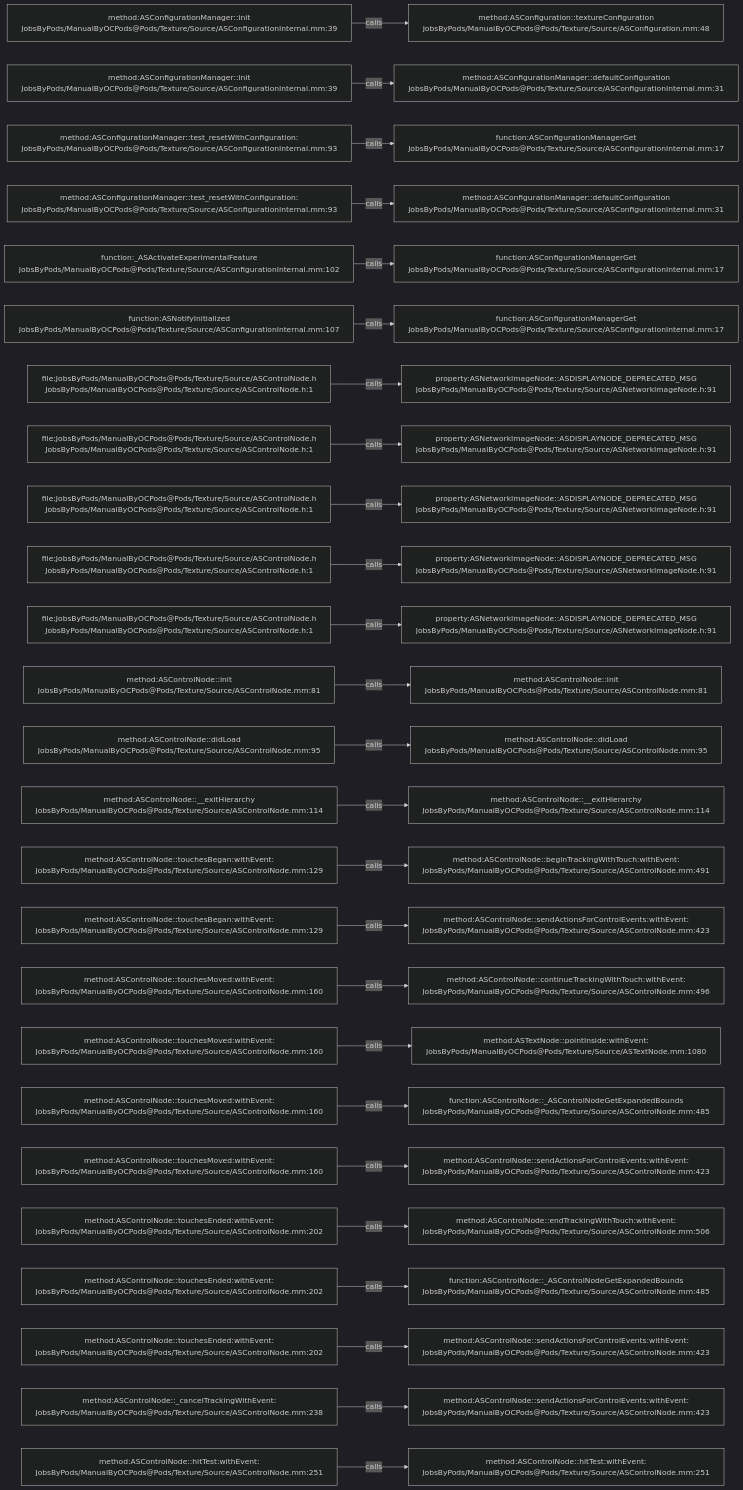
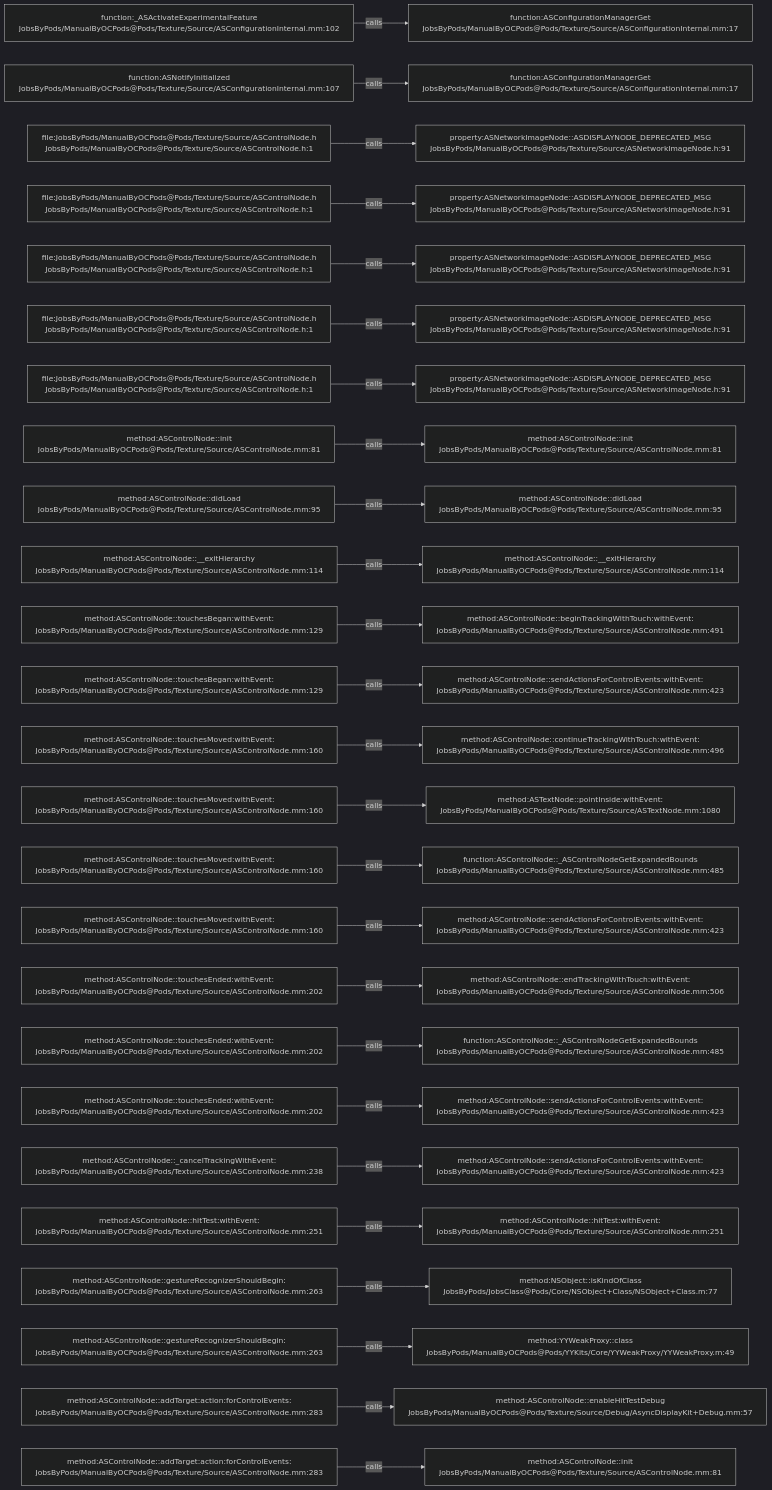
Before and after one commit to JobsKits/JobsOCBaseConfigDemo: the diagram in .codegraph/codegraph.md/graphs/calls-084.md, drawn with Mermaid (dark theme). The commit also changed 727 other files, not shown here.

````diff
--- a/.codegraph/codegraph.md/graphs/calls-084.md
+++ b/.codegraph/codegraph.md/graphs/calls-084.md
@@ -13,78 +13,78 @@
 ```mermaid
 flowchart LR
-  S1["method:ASConfigurationManager::init<br/>JobsByPods/ManualByOCPods@Pods/Texture/Source/ASConfigurationInternal.mm:39"]
-  T1["method:ASConfiguration::textureConfiguration<br/>JobsByPods/ManualByOCPods@Pods/Texture/Source/ASConfiguration.mm:48"]
+  S1["function:_ASActivateExperimentalFeature<br/>JobsByPods/ManualByOCPods@Pods/Texture/Source/ASConfigurationInternal.mm:102"]
+  T1["function:ASConfigurationManagerGet<br/>JobsByPods/ManualByOCPods@Pods/Texture/Source/ASConfigurationInternal.mm:17"]
   S1 -->|calls| T1
-  S2["method:ASConfigurationManager::init<br/>JobsByPods/ManualByOCPods@Pods/Texture/Source/ASConfigurationInternal.mm:39"]
-  T2["method:ASConfigurationManager::defaultConfiguration<br/>JobsByPods/ManualByOCPods@Pods/Texture/Source/ASConfigurationInternal.mm:31"]
+  S2["function:ASNotifyInitialized<br/>JobsByPods/ManualByOCPods@Pods/Texture/Source/ASConfigurationInternal.mm:107"]
+  T2["function:ASConfigurationManagerGet<br/>JobsByPods/ManualByOCPods@Pods/Texture/Source/ASConfigurationInternal.mm:17"]
   S2 -->|calls| T2
-  S3["method:ASConfigurationManager::test_resetWithConfiguration:<br/>JobsByPods/ManualByOCPods@Pods/Texture/Source/ASConfigurationInternal.mm:93"]
-  T3["function:ASConfigurationManagerGet<br/>JobsByPods/ManualByOCPods@Pods/Texture/Source/ASConfigurationInternal.mm:17"]
+  S3["file:JobsByPods/ManualByOCPods@Pods/Texture/Source/ASControlNode.h<br/>JobsByPods/ManualByOCPods@Pods/Texture/Source/ASControlNode.h:1"]
+  T3["property:ASNetworkImageNode::ASDISPLAYNODE_DEPRECATED_MSG<br/>JobsByPods/ManualByOCPods@Pods/Texture/Source/ASNetworkImageNode.h:91"]
   S3 -->|calls| T3
-  S4["method:ASConfigurationManager::test_resetWithConfiguration:<br/>JobsByPods/ManualByOCPods@Pods/Texture/Source/ASConfigurationInternal.mm:93"]
-  T4["method:ASConfigurationManager::defaultConfiguration<br/>JobsByPods/ManualByOCPods@Pods/Texture/Source/ASConfigurationInternal.mm:31"]
+  S4["file:JobsByPods/ManualByOCPods@Pods/Texture/Source/ASControlNode.h<br/>JobsByPods/ManualByOCPods@Pods/Texture/Source/ASControlNode.h:1"]
+  T4["property:ASNetworkImageNode::ASDISPLAYNODE_DEPRECATED_MSG<br/>JobsByPods/ManualByOCPods@Pods/Texture/Source/ASNetworkImageNode.h:91"]
   S4 -->|calls| T4
-  S5["function:_ASActivateExperimentalFeature<br/>JobsByPods/ManualByOCPods@Pods/Texture/Source/ASConfigurationInternal.mm:102"]
-  T5["function:ASConfigurationManagerGet<br/>JobsByPods/ManualByOCPods@Pods/Texture/Source/ASConfigurationInternal.mm:17"]
+  S5["file:JobsByPods/ManualByOCPods@Pods/Texture/Source/ASControlNode.h<br/>JobsByPods/ManualByOCPods@Pods/Texture/Source/ASControlNode.h:1"]
+  T5["property:ASNetworkImageNode::ASDISPLAYNODE_DEPRECATED_MSG<br/>JobsByPods/ManualByOCPods@Pods/Texture/Source/ASNetworkImageNode.h:91"]
   S5 -->|calls| T5
-  S6["function:ASNotifyInitialized<br/>JobsByPods/ManualByOCPods@Pods/Texture/Source/ASConfigurationInternal.mm:107"]
-  T6["function:ASConfigurationManagerGet<br/>JobsByPods/ManualByOCPods@Pods/Texture/Source/ASConfigurationInternal.mm:17"]
+  S6["file:JobsByPods/ManualByOCPods@Pods/Texture/Source/ASControlNode.h<br/>JobsByPods/ManualByOCPods@Pods/Texture/Source/ASControlNode.h:1"]
+  T6["property:ASNetworkImageNode::ASDISPLAYNODE_DEPRECATED_MSG<br/>JobsByPods/ManualByOCPods@Pods/Texture/Source/ASNetworkImageNode.h:91"]
   S6 -->|calls| T6
   S7["file:JobsByPods/ManualByOCPods@Pods/Texture/Source/ASControlNode.h<br/>JobsByPods/ManualByOCPods@Pods/Texture/Source/ASControlNode.h:1"]
   T7["property:ASNetworkImageNode::ASDISPLAYNODE_DEPRECATED_MSG<br/>JobsByPods/ManualByOCPods@Pods/Texture/Source/ASNetworkImageNode.h:91"]
   S7 -->|calls| T7
-  S8["file:JobsByPods/ManualByOCPods@Pods/Texture/Source/ASControlNode.h<br/>JobsByPods/ManualByOCPods@Pods/Texture/Source/ASControlNode.h:1"]
-  T8["property:ASNetworkImageNode::ASDISPLAYNODE_DEPRECATED_MSG<br/>JobsByPods/ManualByOCPods@Pods/Texture/Source/ASNetworkImageNode.h:91"]
+  S8["method:ASControlNode::init<br/>JobsByPods/ManualByOCPods@Pods/Texture/Source/ASControlNode.mm:81"]
+  T8["method:ASControlNode::init<br/>JobsByPods/ManualByOCPods@Pods/Texture/Source/ASControlNode.mm:81"]
   S8 -->|calls| T8
-  S9["file:JobsByPods/ManualByOCPods@Pods/Texture/Source/ASControlNode.h<br/>JobsByPods/ManualByOCPods@Pods/Texture/Source/ASControlNode.h:1"]
-  T9["property:ASNetworkImageNode::ASDISPLAYNODE_DEPRECATED_MSG<br/>JobsByPods/ManualByOCPods@Pods/Texture/Source/ASNetworkImageNode.h:91"]
+  S9["method:ASControlNode::didLoad<br/>JobsByPods/ManualByOCPods@Pods/Texture/Source/ASControlNode.mm:95"]
+  T9["method:ASControlNode::didLoad<br/>JobsByPods/ManualByOCPods@Pods/Texture/Source/ASControlNode.mm:95"]
   S9 -->|calls| T9
-  S10["file:JobsByPods/ManualByOCPods@Pods/Texture/Source/ASControlNode.h<br/>JobsByPods/ManualByOCPods@Pods/Texture/Source/ASControlNode.h:1"]
-  T10["property:ASNetworkImageNode::ASDISPLAYNODE_DEPRECATED_MSG<br/>JobsByPods/ManualByOCPods@Pods/Texture/Source/ASNetworkImageNode.h:91"]
+  S10["method:ASControlNode::__exitHierarchy<br/>JobsByPods/ManualByOCPods@Pods/Texture/Source/ASControlNode.mm:114"]
+  T10["method:ASControlNode::__exitHierarchy<br/>JobsByPods/ManualByOCPods@Pods/Texture/Source/ASControlNode.mm:114"]
   S10 -->|calls| T10
-  S11["file:JobsByPods/ManualByOCPods@Pods/Texture/Source/ASControlNode.h<br/>JobsByPods/ManualByOCPods@Pods/Texture/Source/ASControlNode.h:1"]
-  T11["property:ASNetworkImageNode::ASDISPLAYNODE_DEPRECATED_MSG<br/>JobsByPods/ManualByOCPods@Pods/Texture/Source/ASNetworkImageNode.h:91"]
+  S11["method:ASControlNode::touchesBegan:withEvent:<br/>JobsByPods/ManualByOCPods@Pods/Texture/Source/ASControlNode.mm:129"]
+  T11["method:ASControlNode::beginTrackingWithTouch:withEvent:<br/>JobsByPods/ManualByOCPods@Pods/Texture/Source/ASControlNode.mm:491"]
   S11 -->|calls| T11
-  S12["method:ASControlNode::init<br/>JobsByPods/ManualByOCPods@Pods/Texture/Source/ASControlNode.mm:81"]
-  T12["method:ASControlNode::init<br/>JobsByPods/ManualByOCPods@Pods/Texture/Source/ASControlNode.mm:81"]
+  S12["method:ASControlNode::touchesBegan:withEvent:<br/>JobsByPods/ManualByOCPods@Pods/Texture/Source/ASControlNode.mm:129"]
+  T12["method:ASControlNode::sendActionsForControlEvents:withEvent:<br/>JobsByPods/ManualByOCPods@Pods/Texture/Source/ASControlNode.mm:423"]
   S12 -->|calls| T12
-  S13["method:ASControlNode::didLoad<br/>JobsByPods/ManualByOCPods@Pods/Texture/Source/ASControlNode.mm:95"]
-  T13["method:ASControlNode::didLoad<br/>JobsByPods/ManualByOCPods@Pods/Texture/Source/ASControlNode.mm:95"]
+  S13["method:ASControlNode::touchesMoved:withEvent:<br/>JobsByPods/ManualByOCPods@Pods/Texture/Source/ASControlNode.mm:160"]
+  T13["method:ASControlNode::continueTrackingWithTouch:withEvent:<br/>JobsByPods/ManualByOCPods@Pods/Texture/Source/ASControlNode.mm:496"]
   S13 -->|calls| T13
-  S14["method:ASControlNode::__exitHierarchy<br/>JobsByPods/ManualByOCPods@Pods/Texture/Source/ASControlNode.mm:114"]
-  T14["method:ASControlNode::__exitHierarchy<br/>JobsByPods/ManualByOCPods@Pods/Texture/Source/ASControlNode.mm:114"]
+  S14["method:ASControlNode::touchesMoved:withEvent:<br/>JobsByPods/ManualByOCPods@Pods/Texture/Source/ASControlNode.mm:160"]
+  T14["method:ASTextNode::pointInside:withEvent:<br/>JobsByPods/ManualByOCPods@Pods/Texture/Source/ASTextNode.mm:1080"]
   S14 -->|calls| T14
-  S15["method:ASControlNode::touchesBegan:withEvent:<br/>JobsByPods/ManualByOCPods@Pods/Texture/Source/ASControlNode.mm:129"]
-  T15["method:ASControlNode::beginTrackingWithTouch:withEvent:<br/>JobsByPods/ManualByOCPods@Pods/Texture/Source/ASControlNode.mm:491"]
+  S15["method:ASControlNode::touchesMoved:withEvent:<br/>JobsByPods/ManualByOCPods@Pods/Texture/Source/ASControlNode.mm:160"]
+  T15["function:ASControlNode::_ASControlNodeGetExpandedBounds<br/>JobsByPods/ManualByOCPods@Pods/Texture/Source/ASControlNode.mm:485"]
   S15 -->|calls| T15
-  S16["method:ASControlNode::touchesBegan:withEvent:<br/>JobsByPods/ManualByOCPods@Pods/Texture/Source/ASControlNode.mm:129"]
+  S16["method:ASControlNode::touchesMoved:withEvent:<br/>JobsByPods/ManualByOCPods@Pods/Texture/Source/ASControlNode.mm:160"]
   T16["method:ASControlNode::sendActionsForControlEvents:withEvent:<br/>JobsByPods/ManualByOCPods@Pods/Texture/Source/ASControlNode.mm:423"]
   S16 -->|calls| T16
-  S17["method:ASControlNode::touchesMoved:withEvent:<br/>JobsByPods/ManualByOCPods@Pods/Texture/Source/ASControlNode.mm:160"]
-  T17["method:ASControlNode::continueTrackingWithTouch:withEvent:<br/>JobsByPods/ManualByOCPods@Pods/Texture/Source/ASControlNode.mm:496"]
+  S17["method:ASControlNode::touchesEnded:withEvent:<br/>JobsByPods/ManualByOCPods@Pods/Texture/Source/ASControlNode.mm:202"]
+  T17["method:ASControlNode::endTrackingWithTouch:withEvent:<br/>JobsByPods/ManualByOCPods@Pods/Texture/Source/ASControlNode.mm:506"]
   S17 -->|calls| T17
-  S18["method:ASControlNode::touchesMoved:withEvent:<br/>JobsByPods/ManualByOCPods@Pods/Texture/Source/ASControlNode.mm:160"]
-  T18["method:ASTextNode::pointInside:withEvent:<br/>JobsByPods/ManualByOCPods@Pods/Texture/Source/ASTextNode.mm:1080"]
+  S18["method:ASControlNode::touchesEnded:withEvent:<br/>JobsByPods/ManualByOCPods@Pods/Texture/Source/ASControlNode.mm:202"]
+  T18["function:ASControlNode::_ASControlNodeGetExpandedBounds<br/>JobsByPods/ManualByOCPods@Pods/Texture/Source/ASControlNode.mm:485"]
   S18 -->|calls| T18
-  S19["method:ASControlNode::touchesMoved:withEvent:<br/>JobsByPods/ManualByOCPods@Pods/Texture/Source/ASControlNode.mm:160"]
-  T19["function:ASControlNode::_ASControlNodeGetExpandedBounds<br/>JobsByPods/ManualByOCPods@Pods/Texture/Source/ASControlNode.mm:485"]
+  S19["method:ASControlNode::touchesEnded:withEvent:<br/>JobsByPods/ManualByOCPods@Pods/Texture/Source/ASControlNode.mm:202"]
+  T19["method:ASControlNode::sendActionsForControlEvents:withEvent:<br/>JobsByPods/ManualByOCPods@Pods/Texture/Source/ASControlNode.mm:423"]
   S19 -->|calls| T19
-  S20["method:ASControlNode::touchesMoved:withEvent:<br/>JobsByPods/ManualByOCPods@Pods/Texture/Source/ASControlNode.mm:160"]
+  S20["method:ASControlNode::_cancelTrackingWithEvent:<br/>JobsByPods/ManualByOCPods@Pods/Texture/Source/ASControlNode.mm:238"]
   T20["method:ASControlNode::sendActionsForControlEvents:withEvent:<br/>JobsByPods/ManualByOCPods@Pods/Texture/Source/ASControlNode.mm:423"]
   S20 -->|calls| T20
-  S21["method:ASControlNode::touchesEnded:withEvent:<br/>JobsByPods/ManualByOCPods@Pods/Texture/Source/ASControlNode.mm:202"]
-  T21["method:ASControlNode::endTrackingWithTouch:withEvent:<br/>JobsByPods/ManualByOCPods@Pods/Texture/Source/ASControlNode.mm:506"]
+  S21["method:ASControlNode::hitTest:withEvent:<br/>JobsByPods/ManualByOCPods@Pods/Texture/Source/ASControlNode.mm:251"]
+  T21["method:ASControlNode::hitTest:withEvent:<br/>JobsByPods/ManualByOCPods@Pods/Texture/Source/ASControlNode.mm:251"]
   S21 -->|calls| T21
-  S22["method:ASControlNode::touchesEnded:withEvent:<br/>JobsByPods/ManualByOCPods@Pods/Texture/Source/ASControlNode.mm:202"]
-  T22["function:ASControlNode::_ASControlNodeGetExpandedBounds<br/>JobsByPods/ManualByOCPods@Pods/Texture/Source/ASControlNode.mm:485"]
+  S22["method:ASControlNode::gestureRecognizerShouldBegin:<br/>JobsByPods/ManualByOCPods@Pods/Texture/Source/ASControlNode.mm:263"]
+  T22["method:NSObject::isKindOfClass<br/>JobsByPods/JobsClass@Pods/Core/NSObject+Class/NSObject+Class.m:77"]
   S22 -->|calls| T22
-  S23["method:ASControlNode::touchesEnded:withEvent:<br/>JobsByPods/ManualByOCPods@Pods/Texture/Source/ASControlNode.mm:202"]
-  T23["method:ASControlNode::sendActionsForControlEvents:withEvent:<br/>JobsByPods/ManualByOCPods@Pods/Texture/Source/ASControlNode.mm:423"]
+  S23["method:ASControlNode::gestureRecognizerShouldBegin:<br/>JobsByPods/ManualByOCPods@Pods/Texture/Source/ASControlNode.mm:263"]
+  T23["method:YYWeakProxy::class<br/>JobsByPods/ManualByOCPods@Pods/YYKits/Core/YYWeakProxy/YYWeakProxy.m:49"]
   S23 -->|calls| T23
-  S24["method:ASControlNode::_cancelTrackingWithEvent:<br/>JobsByPods/ManualByOCPods@Pods/Texture/Source/ASControlNode.mm:238"]
-  T24["method:ASControlNode::sendActionsForControlEvents:withEvent:<br/>JobsByPods/ManualByOCPods@Pods/Texture/Source/ASControlNode.mm:423"]
+  S24["method:ASControlNode::addTarget:action:forControlEvents:<br/>JobsByPods/ManualByOCPods@Pods/Texture/Source/ASControlNode.mm:283"]
+  T24["method:ASControlNode::enableHitTestDebug<br/>JobsByPods/ManualByOCPods@Pods/Texture/Source/Debug/AsyncDisplayKit+Debug.mm:57"]
   S24 -->|calls| T24
-  S25["method:ASControlNode::hitTest:withEvent:<br/>JobsByPods/ManualByOCPods@Pods/Texture/Source/ASControlNode.mm:251"]
-  T25["method:ASControlNode::hitTest:withEvent:<br/>JobsByPods/ManualByOCPods@Pods/Texture/Source/ASControlNode.mm:251"]
+  S25["method:ASControlNode::addTarget:action:forControlEvents:<br/>JobsByPods/ManualByOCPods@Pods/Texture/Source/ASControlNode.mm:283"]
+  T25["method:ASControlNode::init<br/>JobsByPods/ManualByOCPods@Pods/Texture/Source/ASControlNode.mm:81"]
   S25 -->|calls| T25
 ```
````
